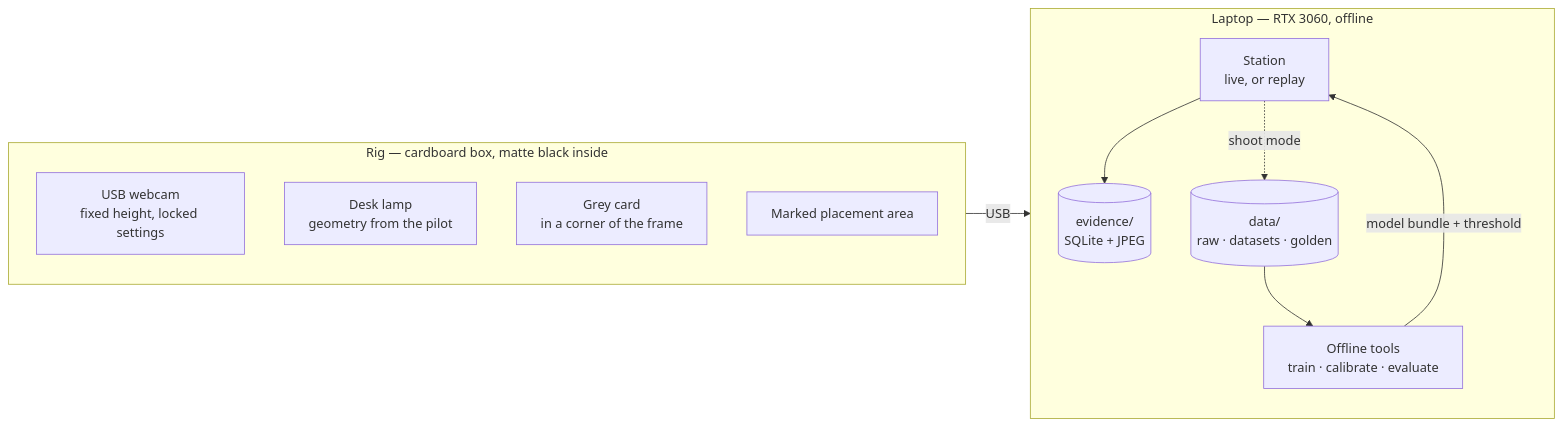
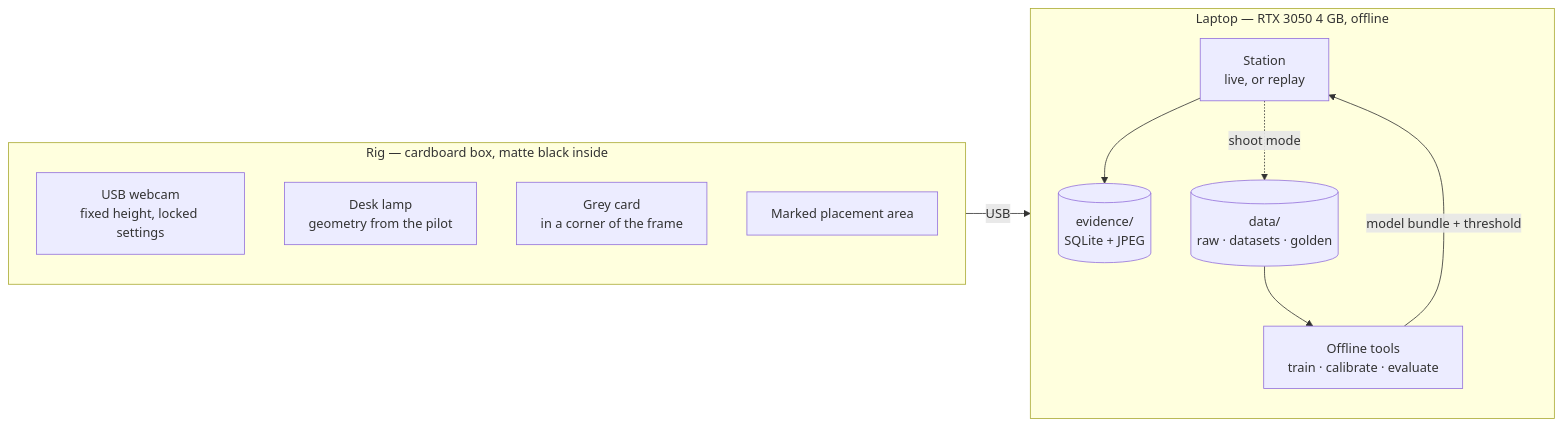
Before and after one commit to Ali-Jabowr/qs: the eighth of 8 diagrams in docs/10-architecture.md, drawn with Mermaid. The commit also changed other lines of this file and 9 other files, not shown here.

````diff
--- a/docs/10-architecture.md
+++ b/docs/10-architecture.md
@@ -370,22 +370,22 @@
 ```mermaid
 flowchart LR
     subgraph rig["Rig — cardboard box, matte black inside"]
         direction TB
         cam["USB webcam<br/>fixed height, locked settings"]
         lamp["Desk lamp<br/>geometry from the pilot"]
         card["Grey card<br/>in a corner of the frame"]
         spot["Marked placement area"]
     end
-    subgraph lap["Laptop — RTX 3060, offline"]
+    subgraph lap["Laptop — RTX 3050 4 GB, offline"]
         direction TB
         station["Station<br/>live, or replay"]
         tools["Offline tools<br/>train · calibrate · evaluate"]
         data[("data/<br/>raw · datasets · golden")]
         ev[("evidence/<br/>SQLite + JPEG")]
     end
     cam -->|"USB"| station
     station --> ev
     station -.->|"shoot mode"| data
     data --> tools
     tools -->|"model bundle + threshold"| station
 ```
````
